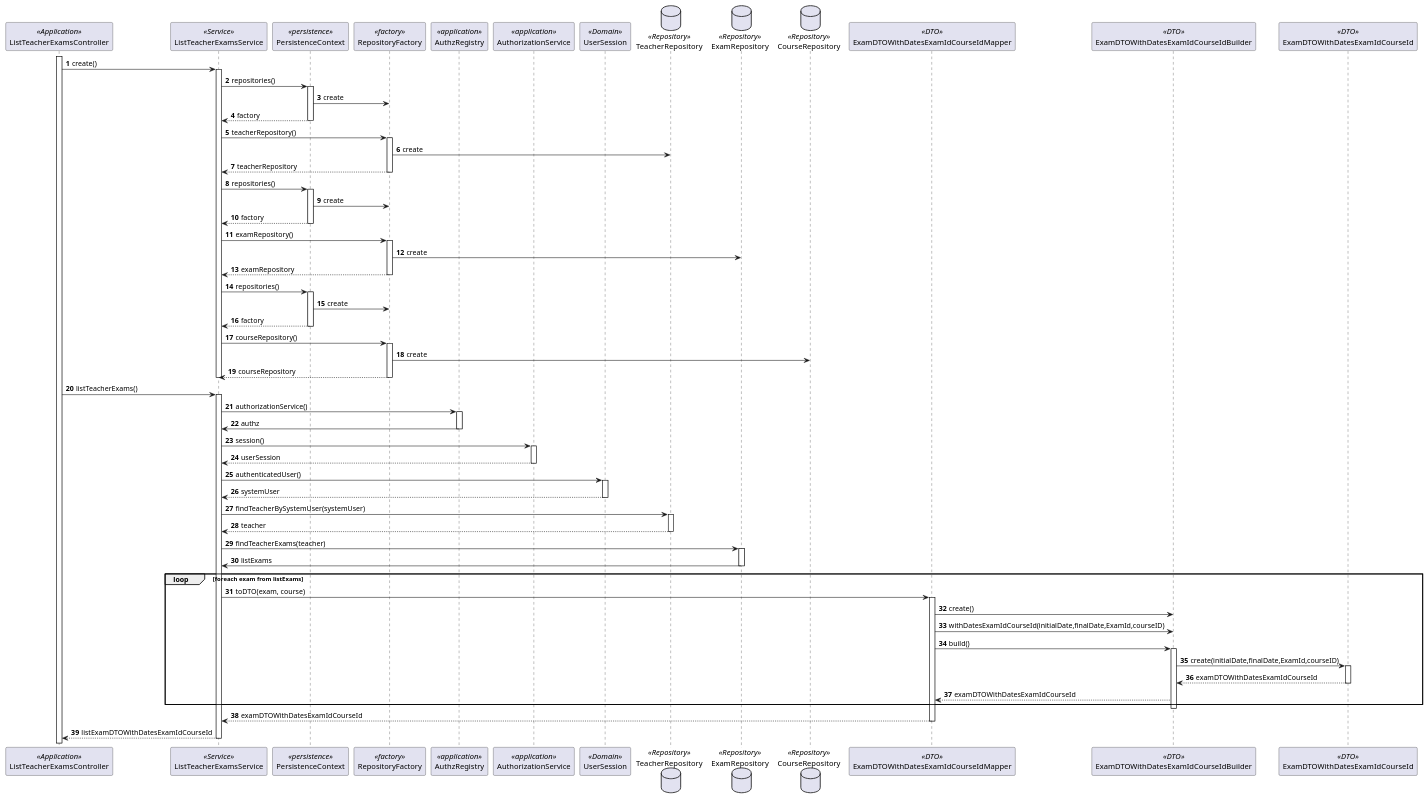
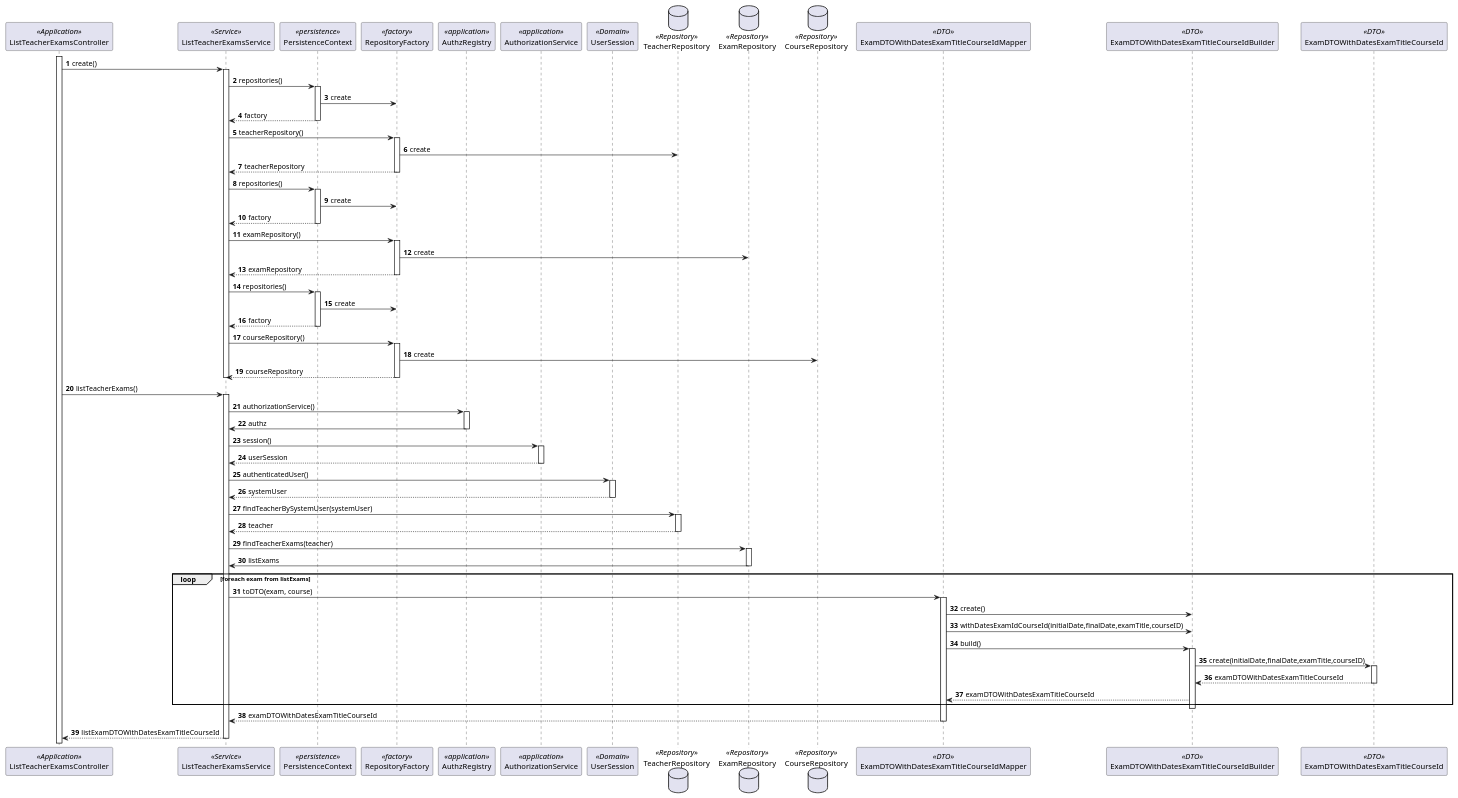
The diagram in docs/Sprint_B/us_2001/SD_ListTeacherExamsController.puml (Marco-Nobrega-Andrade/sem4pi_22_23), drawn with PlantUML before and after one commit. The commit also changed 6 other files, not shown here.

```diff
--- a/docs/Sprint_B/us_2001/SD_ListTeacherExamsController.puml
+++ b/docs/Sprint_B/us_2001/SD_ListTeacherExamsController.puml
@@ -1,108 +1,108 @@
 @startuml
 'https://plantuml.com/sequence-diagram
 
 autonumber
 
 participant "ListTeacherExamsController" as ctrl <<Application>>
 participant "ListTeacherExamsService" as service <<Service>>
 
 participant PersistenceContext as persistence <<persistence>>
 participant RepositoryFactory as repFactory <<factory>>
 
 participant AuthzRegistry as auth <<application>>
 participant AuthorizationService as authSV <<application>>
 participant UserSession as userSe <<Domain>>
 
 
 
 database "TeacherRepository" as teaRep <<Repository>>
 database ExamRepository as examRep <<Repository>>
 database CourseRepository as courseRep <<Repository>>
 
-participant "ExamDTOWithDatesExamIdCourseIdMapper" as em <<DTO>>
-participant "ExamDTOWithDatesExamIdCourseIdBuilder" as builder <<DTO>>
-participant "ExamDTOWithDatesExamIdCourseId" as dto <<DTO>>
+participant "ExamDTOWithDatesExamTitleCourseIdMapper" as em <<DTO>>
+participant "ExamDTOWithDatesExamTitleCourseIdBuilder" as builder <<DTO>>
+participant "ExamDTOWithDatesExamTitleCourseId" as dto <<DTO>>
 
 
 
 
 
 activate ctrl
 ctrl ->service: create()
 activate service
 service -> persistence: repositories()
 activate persistence
 persistence -> repFactory: create
 persistence --> service: factory
 deactivate persistence
 service -> repFactory: teacherRepository()
 activate repFactory
 repFactory -> teaRep: create
 repFactory --> service: teacherRepository
 deactivate repFactory
 service -> persistence: repositories()
 activate persistence
 persistence -> repFactory: create
 persistence --> service: factory
 deactivate persistence
 service -> repFactory: examRepository()
 activate repFactory
 repFactory -> examRep: create
 repFactory --> service: examRepository
 deactivate repFactory
 service -> persistence: repositories()
 activate persistence
 persistence -> repFactory: create
 persistence --> service: factory
 deactivate persistence
 service -> repFactory: courseRepository()
 activate repFactory
 repFactory -> courseRep: create
 repFactory --> service: courseRepository
 deactivate repFactory
 deactivate service
 
 ctrl -> service: listTeacherExams()
 activate service
 service -> auth: authorizationService()
 activate auth
 auth -> service: authz
 deactivate auth
 service -> authSV: session()
 activate authSV
 authSV --> service: userSession
 deactivate authSV
 service -> userSe: authenticatedUser()
 activate userSe
 userSe --> service : systemUser
 deactivate userSe
 service -> teaRep : findTeacherBySystemUser(systemUser)
 activate teaRep
 teaRep --> service: teacher
 deactivate teaRep
 service -> examRep: findTeacherExams(teacher)
 activate examRep
 examRep -> service: listExams
 deactivate examRep
 
 loop foreach exam from listExams
 service -> em : toDTO(exam, course)
 activate em
 em -> builder: create()
-em -> builder: withDatesExamIdCourseId(initialDate,finalDate,ExamId,courseID)
+em -> builder: withDatesExamIdCourseId(initialDate,finalDate,examTitle,courseID)
 em -> builder: build()
 activate builder
-builder -> dto: create(initialDate,finalDate,ExamId,courseID)
+builder -> dto: create(initialDate,finalDate,examTitle,courseID)
 activate dto
-dto-->builder: examDTOWithDatesExamIdCourseId
+dto-->builder: examDTOWithDatesExamTitleCourseId
 deactivate dto
-builder --> em: examDTOWithDatesExamIdCourseId
+builder --> em: examDTOWithDatesExamTitleCourseId
 end loop
 deactivate builder
-return examDTOWithDatesExamIdCourseId
-return listExamDTOWithDatesExamIdCourseId
+return examDTOWithDatesExamTitleCourseId
+return listExamDTOWithDatesExamTitleCourseId
 
 deactivate em
 
 
 @enduml
```
